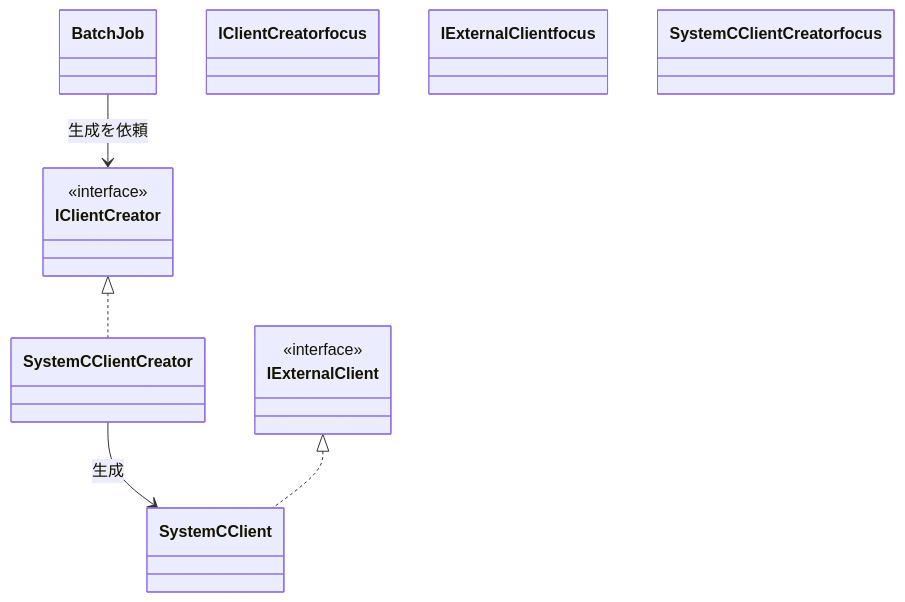
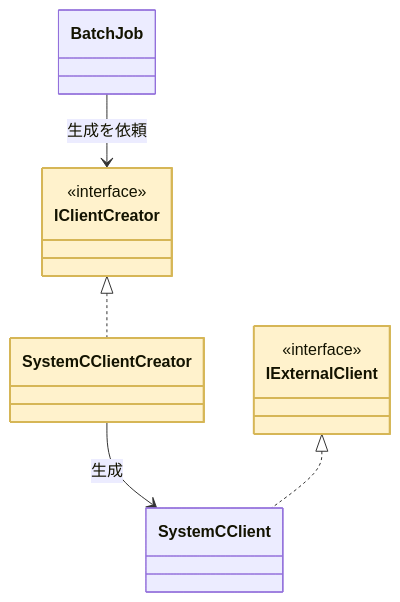
The sixth of 16 diagrams in kindle/design-patterns/output/chapter10.md (kumachan1101-pixel/DesignPattern), drawn with Mermaid before and after one commit. The commit also changed other lines of this file and 15 other files, not shown here.

First line of the commit message:
全章classDiagram: phantom浮きクラスを生む着色構文 class X focus を :::focus へ修正（103箇所）

````diff
--- a/kindle/design-patterns/output/chapter10.md
+++ b/kindle/design-patterns/output/chapter10.md
@@ -1303,16 +1303,16 @@
 ```mermaid
 classDiagram
     class BatchJob
     class IClientCreator { <<interface>> }
     class SystemCClientCreator
     class IExternalClient { <<interface>> }
     class SystemCClient
     BatchJob --> IClientCreator : 生成を依頼
     IClientCreator <|.. SystemCClientCreator
     SystemCClientCreator --> SystemCClient : 生成
     IExternalClient <|.. SystemCClient
-    class IClientCreator focus
-    class IExternalClient focus
-    class SystemCClientCreator focus
+    class IClientCreator:::focus
+    class IExternalClient:::focus
+    class SystemCClientCreator:::focus
     classDef focus fill:#FFF2CC,stroke:#D6B656,stroke-width:2px
 ```
````
